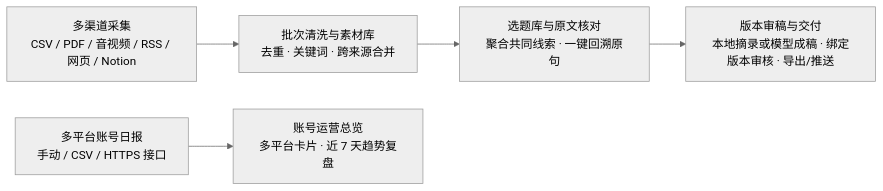
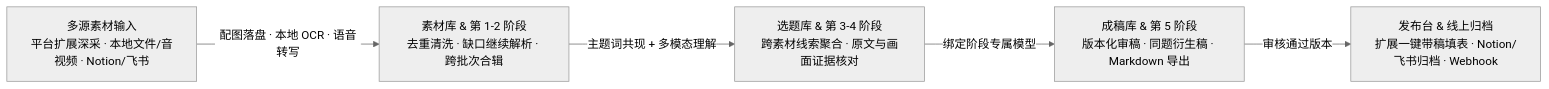
One commit to dylanma8232-art/DM-Content-Workbench changed the diagram in README.md. Above: the diagram before and after it, drawn with Mermaid (neutral theme). The commit also changed other lines of this file and 132 other files, not shown here.

````diff
--- a/README.md
+++ b/README.md
@@ -77,7 +127,7 @@
 ```mermaid
 flowchart LR
-    A["多渠道采集<br/>CSV / PDF / 音视频 / RSS / 网页 / Notion"] --> B["批次清洗与素材库<br/>去重 · 关键词 · 跨来源合并"]
-    B --> C["选题库与原文核对<br/>聚合共同线索 · 一键回溯原句"]
-    C --> D["版本审稿与交付<br/>本地摘录或模型成稿 · 绑定版本审核 · 导出/推送"]
-    E["多平台账号日报<br/>手动 / CSV / HTTPS 接口"] --> F["账号运营总览<br/>多平台卡片 · 近 7 天趋势复盘"]
+    A["多源素材输入<br/>平台扩展深采 · 本地文件/音视频 · Notion/飞书"] -->|"配图落盘 · 本地 OCR · 语音转写"| B["素材库 & 第 1-2 阶段<br/>去重清洗 · 缺口继续解析 · 跨批次合辑"]
+    B -->|"主题词共现 + 多模态理解"| C["选题库 & 第 3-4 阶段<br/>跨素材线索聚合 · 原文与画面证据核对"]
+    C -->|"绑定阶段专属模型"| D["成稿库 & 第 5 阶段<br/>版本化审稿 · 同题衍生稿 · Markdown 导出"]
+    D -->|"审核通过版本"| E["发布台 & 线上归档<br/>扩展一键带稿填表 · Notion/飞书归档 · Webhook"]
 ```
````
